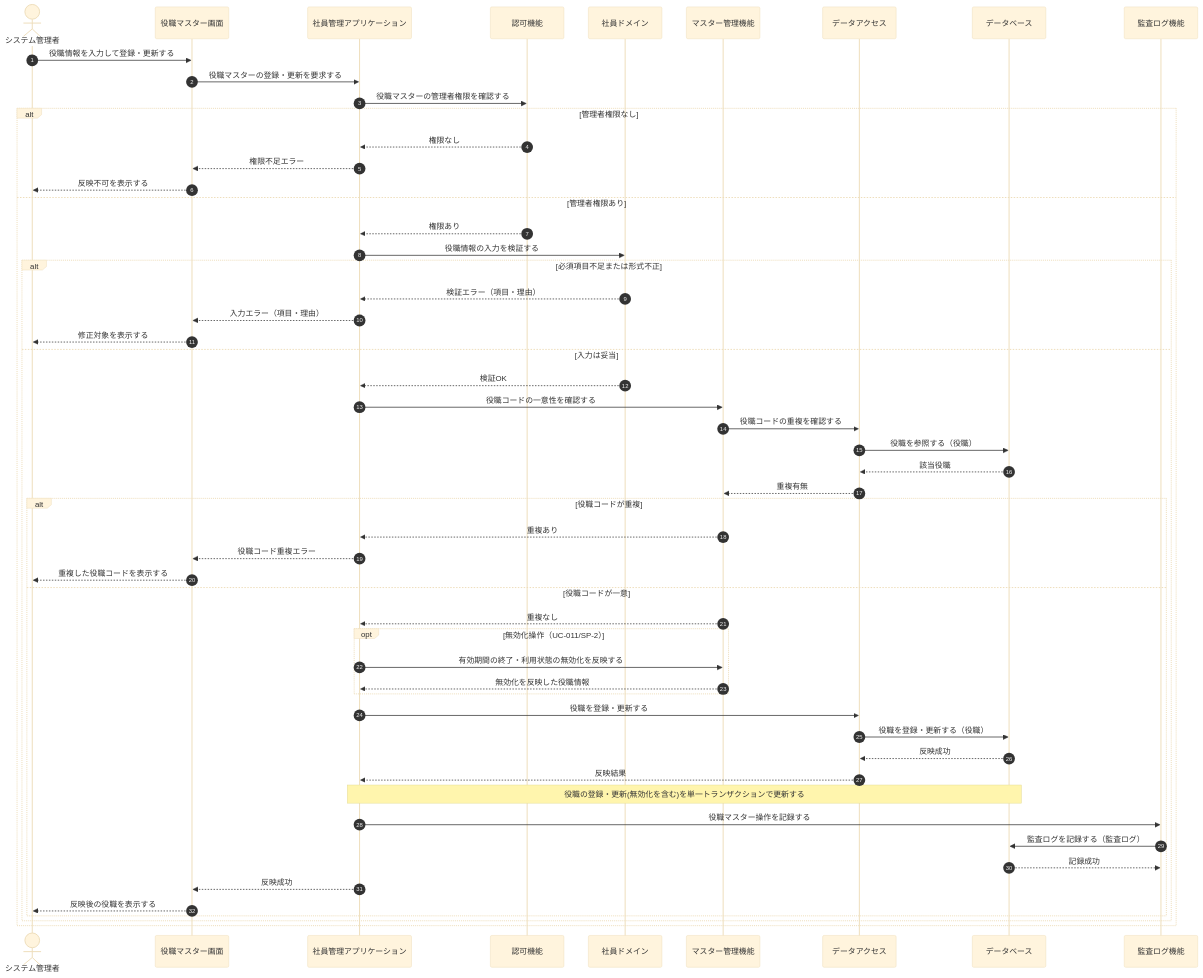
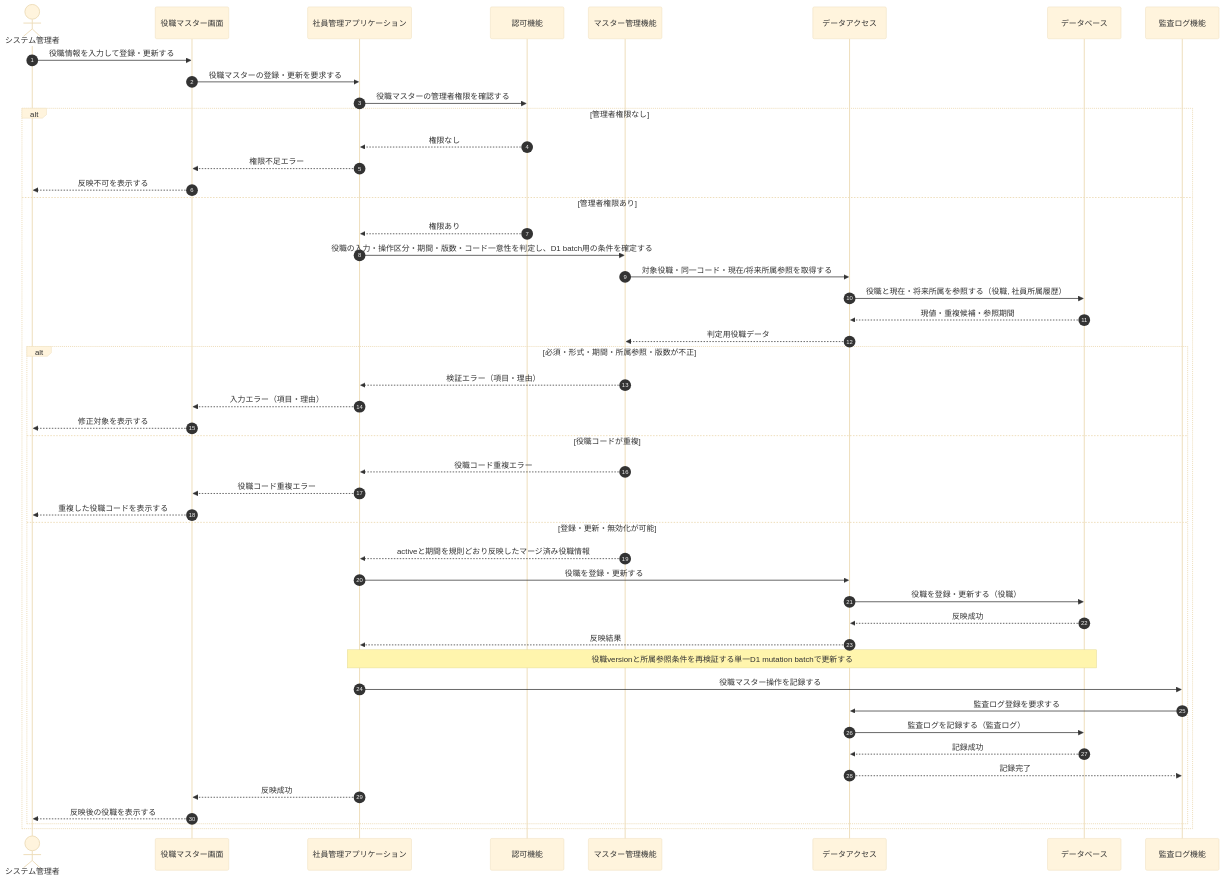
Diagram 13 of 14 in 統合設計書/社員名簿管理システム/03_シーケンス設計.md (sikakou54/system-document-template), drawn with Mermaid (base theme) before and after one commit. The commit also changed other lines of this file and 40 other files, not shown here.

````diff
--- a/統合設計書/社員名簿管理システム/03_シーケンス設計.md
+++ b/統合設計書/社員名簿管理システム/03_シーケンス設計.md
@@ -980,58 +1136,51 @@
 ```mermaid
 sequenceDiagram
     autonumber
     actor ADM as システム管理者
     participant UI as 役職マスター画面
     participant APP as 社員管理アプリケーション
     participant AUTH as 認可機能
-    participant DOM as 社員ドメイン
     participant MST as マスター管理機能
     participant DATA as データアクセス
     participant DB as データベース
     participant AUDIT as 監査ログ機能
 
     ADM->>UI: 役職情報を入力して登録・更新する
     UI->>APP: 役職マスターの登録・更新を要求する
     APP->>AUTH: 役職マスターの管理者権限を確認する
     alt 管理者権限なし
         AUTH-->>APP: 権限なし
         APP-->>UI: 権限不足エラー
         UI-->>ADM: 反映不可を表示する
     else 管理者権限あり
         AUTH-->>APP: 権限あり
-        APP->>DOM: 役職情報の入力を検証する
-        alt 必須項目不足または形式不正
-            DOM-->>APP: 検証エラー（項目・理由）
+        APP->>MST: 役職の入力・操作区分・期間・版数・コード一意性を判定し、D1 batch用の条件を確定する
+        MST->>DATA: 対象役職・同一コード・現在/将来所属参照を取得する
+        DATA->>DB: 役職と現在・将来所属を参照する（役職, 社員所属履歴）
+        DB-->>DATA: 現値・重複候補・参照期間
+        DATA-->>MST: 判定用役職データ
+        alt 必須・形式・期間・所属参照・版数が不正
+            MST-->>APP: 検証エラー（項目・理由）
             APP-->>UI: 入力エラー（項目・理由）
             UI-->>ADM: 修正対象を表示する
-        else 入力は妥当
-            DOM-->>APP: 検証OK
-            APP->>MST: 役職コードの一意性を確認する
-            MST->>DATA: 役職コードの重複を確認する
-            DATA->>DB: 役職を参照する（役職）
-            DB-->>DATA: 該当役職
-            DATA-->>MST: 重複有無
-            alt 役職コードが重複
-                MST-->>APP: 重複あり
-                APP-->>UI: 役職コード重複エラー
-                UI-->>ADM: 重複した役職コードを表示する
-            else 役職コードが一意
-                MST-->>APP: 重複なし
-                opt 無効化操作（UC-011/SP-2）
-                    APP->>MST: 有効期間の終了・利用状態の無効化を反映する
-                    MST-->>APP: 無効化を反映した役職情報
-                end
+        else 役職コードが重複
+            MST-->>APP: 役職コード重複エラー
+            APP-->>UI: 役職コード重複エラー
+            UI-->>ADM: 重複した役職コードを表示する
+        else 登録・更新・無効化が可能
+                MST-->>APP: activeと期間を規則どおり反映したマージ済み役職情報
                 APP->>DATA: 役職を登録・更新する
                 DATA->>DB: 役職を登録・更新する（役職）
                 DB-->>DATA: 反映成功
                 DATA-->>APP: 反映結果
-                Note over APP,DB: 役職の登録・更新(無効化を含む)を単一トランザクションで更新する
+                Note over APP,DB: 役職versionと所属参照条件を再検証する単一D1 mutation batchで更新する
                 APP->>AUDIT: 役職マスター操作を記録する
-                AUDIT->>DB: 監査ログを記録する（監査ログ）
-                DB-->>AUDIT: 記録成功
+                AUDIT->>DATA: 監査ログ登録を要求する
+                DATA->>DB: 監査ログを記録する（監査ログ）
+                DB-->>DATA: 記録成功
+                DATA-->>AUDIT: 記録完了
                 APP-->>UI: 反映成功
                 UI-->>ADM: 反映後の役職を表示する
-            end
         end
     end
 ```
````
